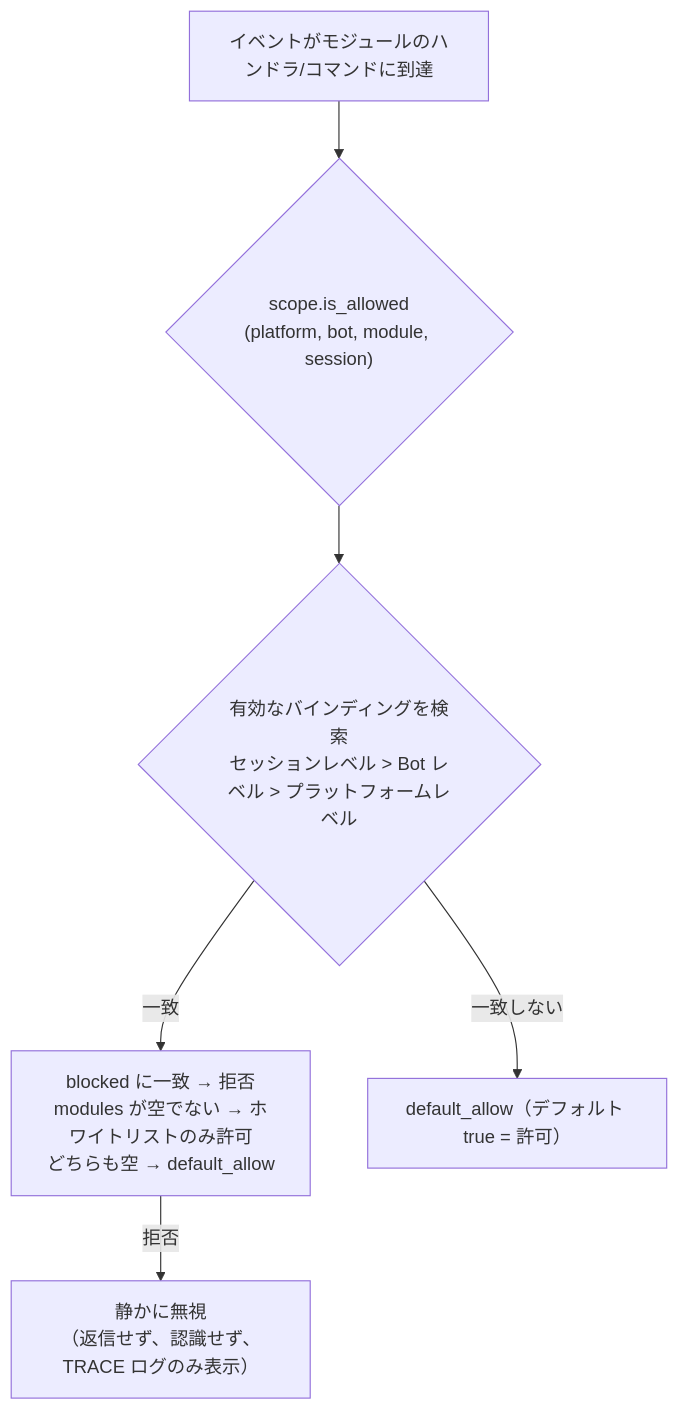
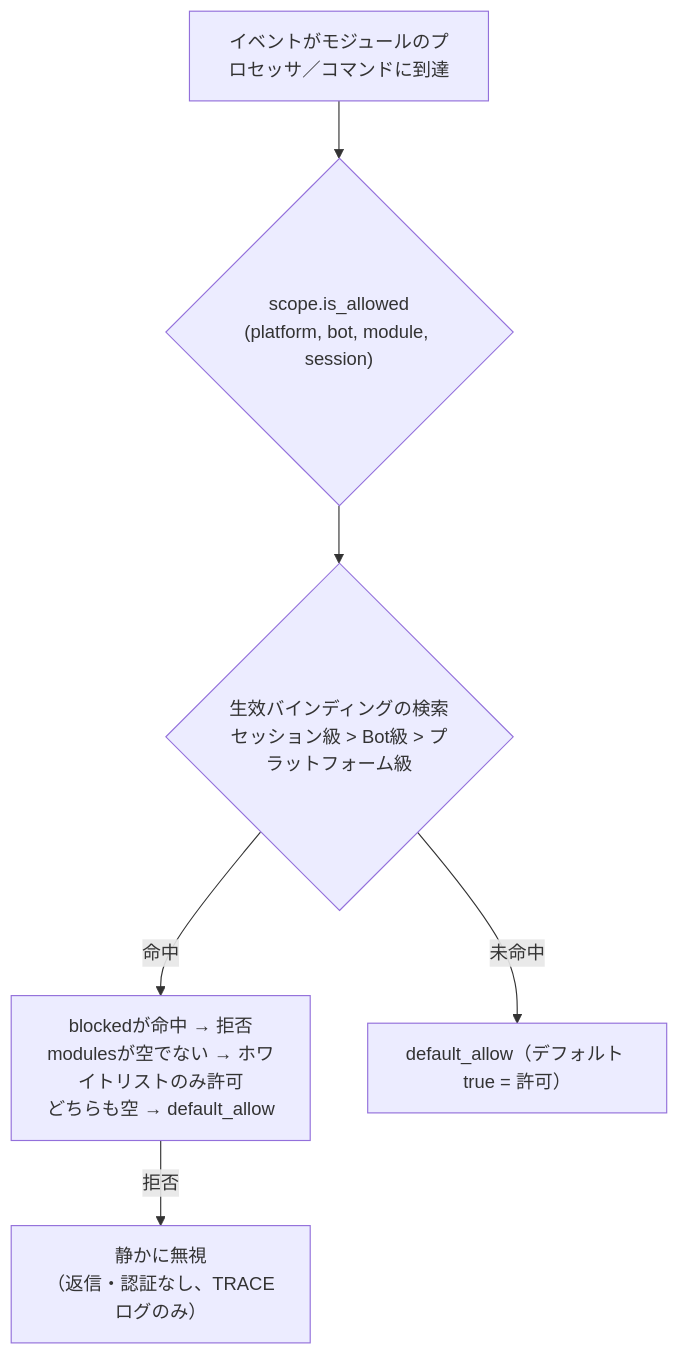
One commit to ErisPulse/ErisPulse changed the diagram in docs/ja/advanced/scope.md. Above: the diagram before and after it, drawn with Mermaid. The commit also changed other lines of this file and 23 other files, not shown here.

````diff
--- a/docs/ja/advanced/scope.md
+++ b/docs/ja/advanced/scope.md
@@ -121,8 +109,8 @@
 ```mermaid
 flowchart TD
-    A["イベントがモジュールのハンドラ/コマンドに到達"] --> B{"scope.is_allowed<br/>(platform, bot, module, session)"}
-    B --> C{"有効なバインディングを検索<br/>セッションレベル > Bot レベル > プラットフォームレベル"}
-    C -->|"一致"| D["blocked に一致 → 拒否<br/>modules が空でない → ホワイトリストのみ許可<br/>どちらも空 → default_allow"]
-    C -->|"一致しない"| E["default_allow（デフォルト true = 許可）"]
-    D -->|"拒否"| Z["静かに無視<br/>（返信せず、認識せず、TRACE ログのみ表示）"]
+    A["イベントがモジュールのプロセッサ／コマンドに到達"] --> B{"scope.is_allowed<br/>(platform, bot, module, session)"}
+    B --> C{"生效バインディングの検索<br/>セッション級 > Bot級 > プラットフォーム級"}
+    C -->|"命中"| D["blockedが命中 → 拒否<br/>modulesが空でない → ホワイトリストのみ許可<br/>どちらも空 → default_allow"]
+    C -->|"未命中"| E["default_allow（デフォルト true = 許可）"]
+    D -->|"拒否"| Z["静かに無視<br/>（返信・認証なし、TRACEログのみ）"]
 ```
````
